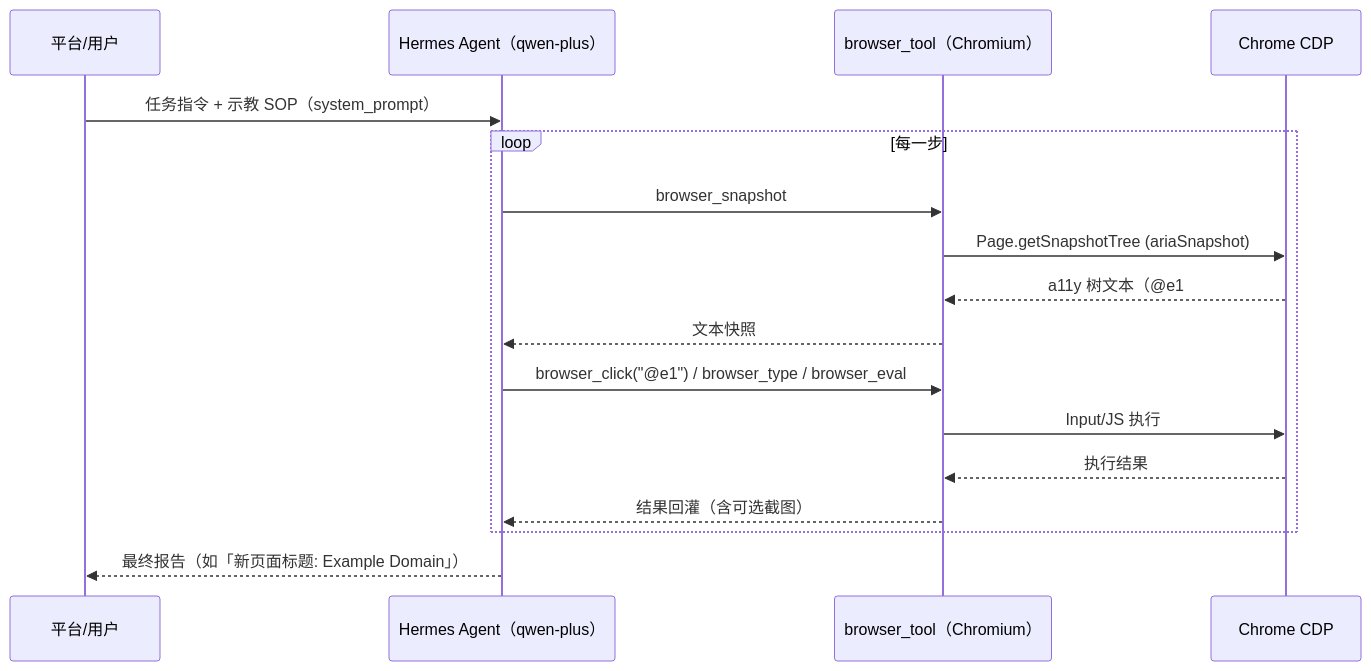
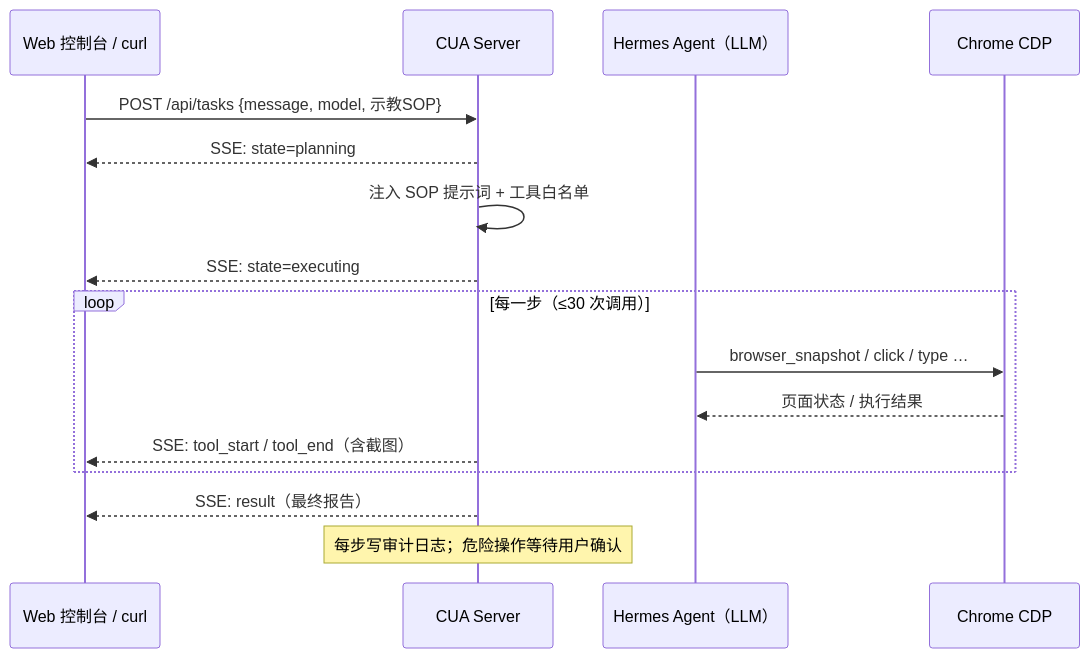
One commit to wanshoulu/Computer-Use-Agent changed the second of 2 diagrams in README.md. Above: the diagram before and after it, drawn with Mermaid. The commit also changed other lines of this file and 28 other files, not shown here.

````diff
--- a/README.md
+++ b/README.md
@@ -169,20 +151,19 @@
 ```mermaid
 sequenceDiagram
-    participant U as 平台/用户
-    participant A as Hermes Agent（qwen-plus）
-    participant B as browser_tool（Chromium）
-    participant C as Chrome CDP
+    participant C as Web 控制台 / curl
+    participant S as CUA Server
+    participant H as Hermes Agent（LLM）
+    participant B as Chrome CDP
 
-    U->>A: 任务指令 + 示教 SOP（system_prompt）
-    loop 每一步
-        A->>B: browser_snapshot
-        B->>C: Page.getSnapshotTree (ariaSnapshot)
-        C-->>B: a11y 树文本（@e1 #kw, @e2 #go …）
-        B-->>A: 文本快照
-        A->>B: browser_click("@e1") / browser_type / browser_eval
-        B->>C: Input/JS 执行
-        C-->>B: 执行结果
-        B-->>A: 结果回灌（含可选截图）
+    C->>S: POST /api/tasks {message, model, 示教SOP}
+    S-->>C: SSE: state=planning
+    S->>S: 注入 SOP 提示词 + 工具白名单
+    S-->>C: SSE: state=executing
+    loop 每一步（≤30 次调用）
+        H->>B: browser_snapshot / click / type …
+        B-->>H: 页面状态 / 执行结果
+        S-->>C: SSE: tool_start / tool_end（含截图）
     end
-    A-->>U: 最终报告（如「新页面标题: Example Domain」）
+    S-->>C: SSE: result（最终报告）
+    Note over S: 每步写审计日志；危险操作等待用户确认
 ```
````
